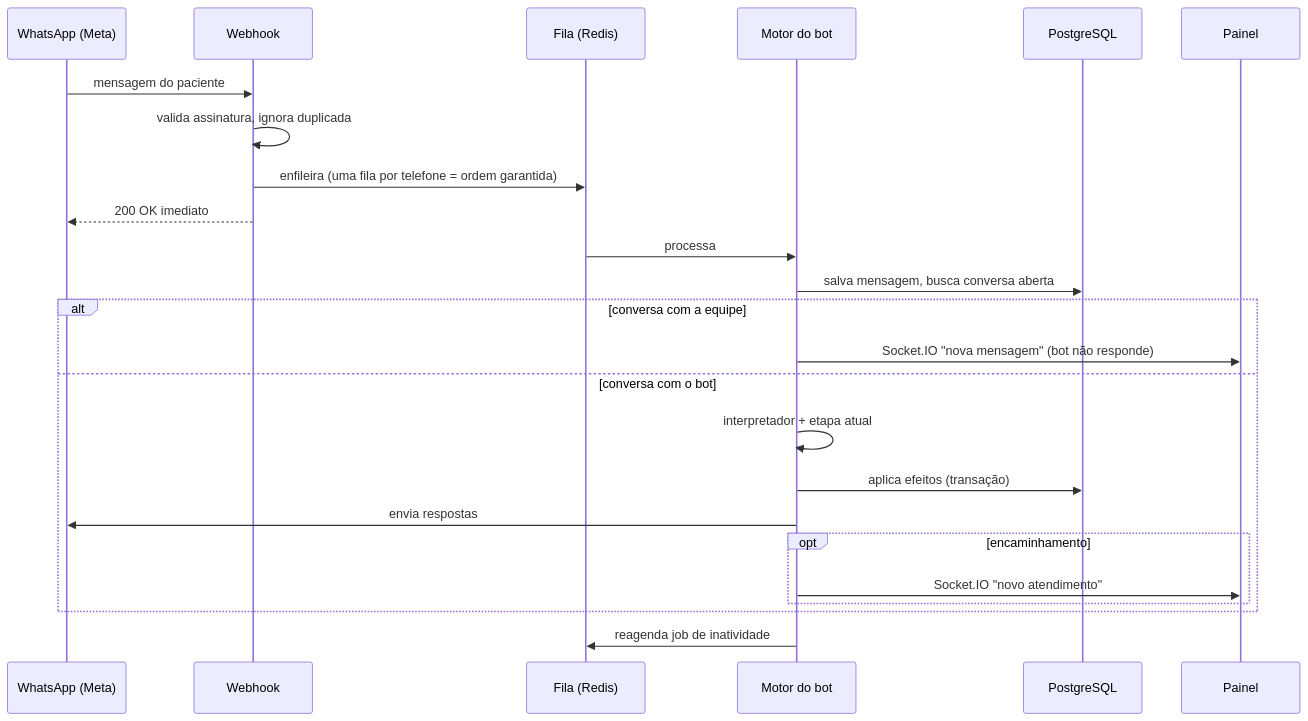
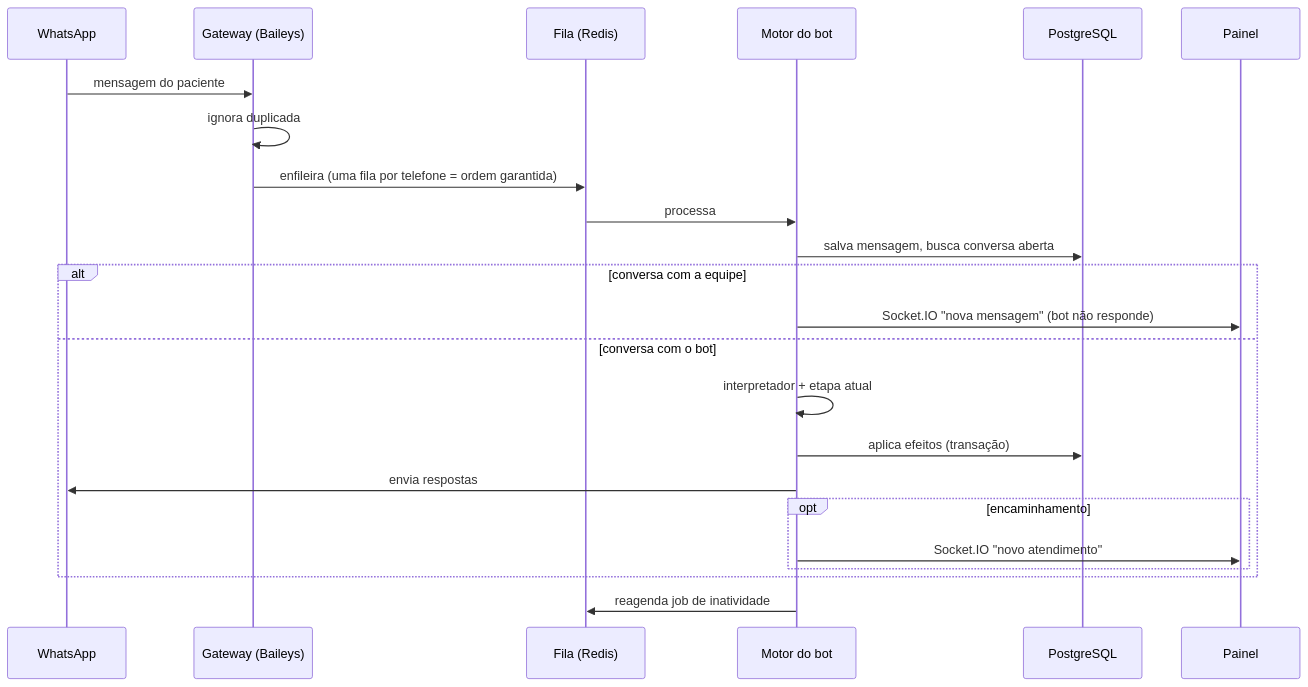
Before and after one commit to thompsoncysneiros/json-server-template: the second of 2 diagrams in docs/ARQUITETURA.md, drawn with Mermaid. The commit also changed other lines of this file and 3 other files, not shown here.

First line of the commit message:
Plan: CPF as the only patient identifier; WhatsApp via Baileys

````diff
--- a/docs/ARQUITETURA.md
+++ b/docs/ARQUITETURA.md
@@ -196,27 +204,26 @@
 ```mermaid
 sequenceDiagram
-    participant WA as WhatsApp (Meta)
-    participant WH as Webhook
+    participant WA as WhatsApp
+    participant WH as Gateway (Baileys)
     participant Q as Fila (Redis)
     participant B as Motor do bot
     participant DB as PostgreSQL
     participant UI as Painel
 
     WA->>WH: mensagem do paciente
-    WH->>WH: valida assinatura, ignora duplicada
+    WH->>WH: ignora duplicada
     WH->>Q: enfileira (uma fila por telefone = ordem garantida)
-    WH-->>WA: 200 OK imediato
     Q->>B: processa
     B->>DB: salva mensagem, busca conversa aberta
     alt conversa com a equipe
         B->>UI: Socket.IO "nova mensagem" (bot não responde)
     else conversa com o bot
         B->>B: interpretador + etapa atual
         B->>DB: aplica efeitos (transação)
         B->>WA: envia respostas
         opt encaminhamento
             B->>UI: Socket.IO "novo atendimento"
         end
     end
     B->>Q: reagenda job de inatividade
 ```
````
